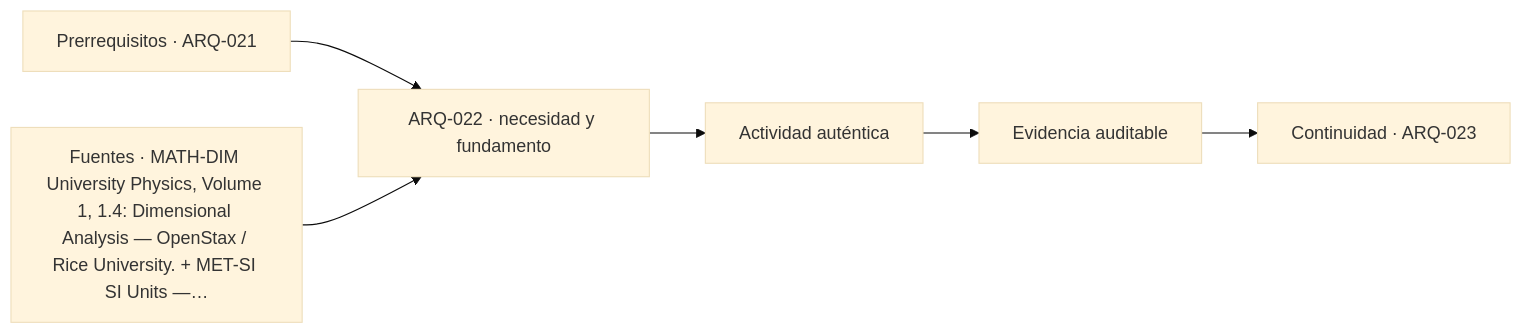
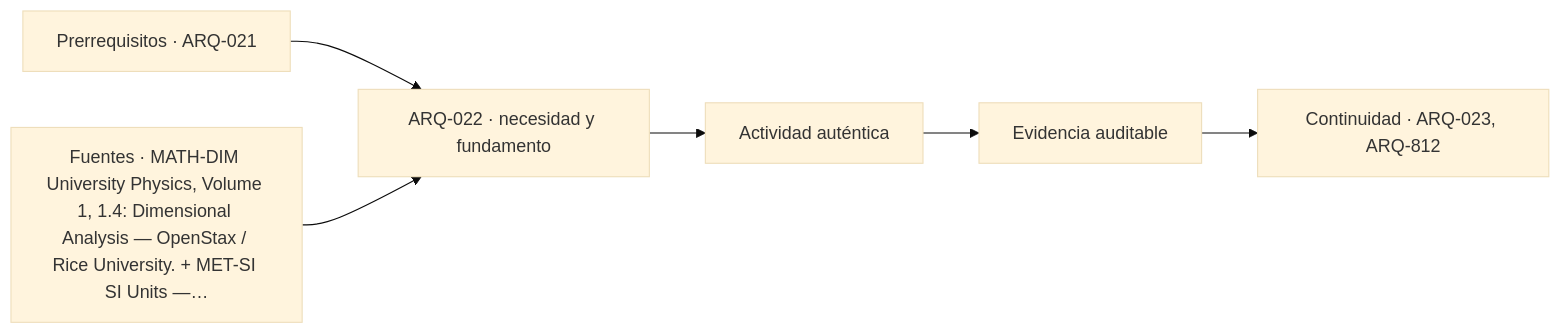
Before and after one commit to vladimiracunadev-create/architecture-built-environment-learning-program: the diagram in classes/parte-03/ARQ-022.md, drawn with Mermaid (base theme). The commit also changed other lines of this file and 234 other files, not shown here.

````diff
--- a/classes/parte-03/ARQ-022.md
+++ b/classes/parte-03/ARQ-022.md
@@ -103,8 +103,8 @@
 ```mermaid
 flowchart LR
     A["Prerrequisitos · ARQ-021"] --> B["ARQ-022 · necesidad y fundamento"]
     S["Fuentes · MATH-DIM University Physics, Volume 1, 1.4: Dimensional Analysis — OpenStax / Rice University. + MET-SI SI Units —…"] --> B
     B --> C["Actividad auténtica"]
     C --> D["Evidencia auditable"]
-    D --> E["Continuidad · ARQ-023"]
+    D --> E["Continuidad · ARQ-023, ARQ-812"]
 ```
````
